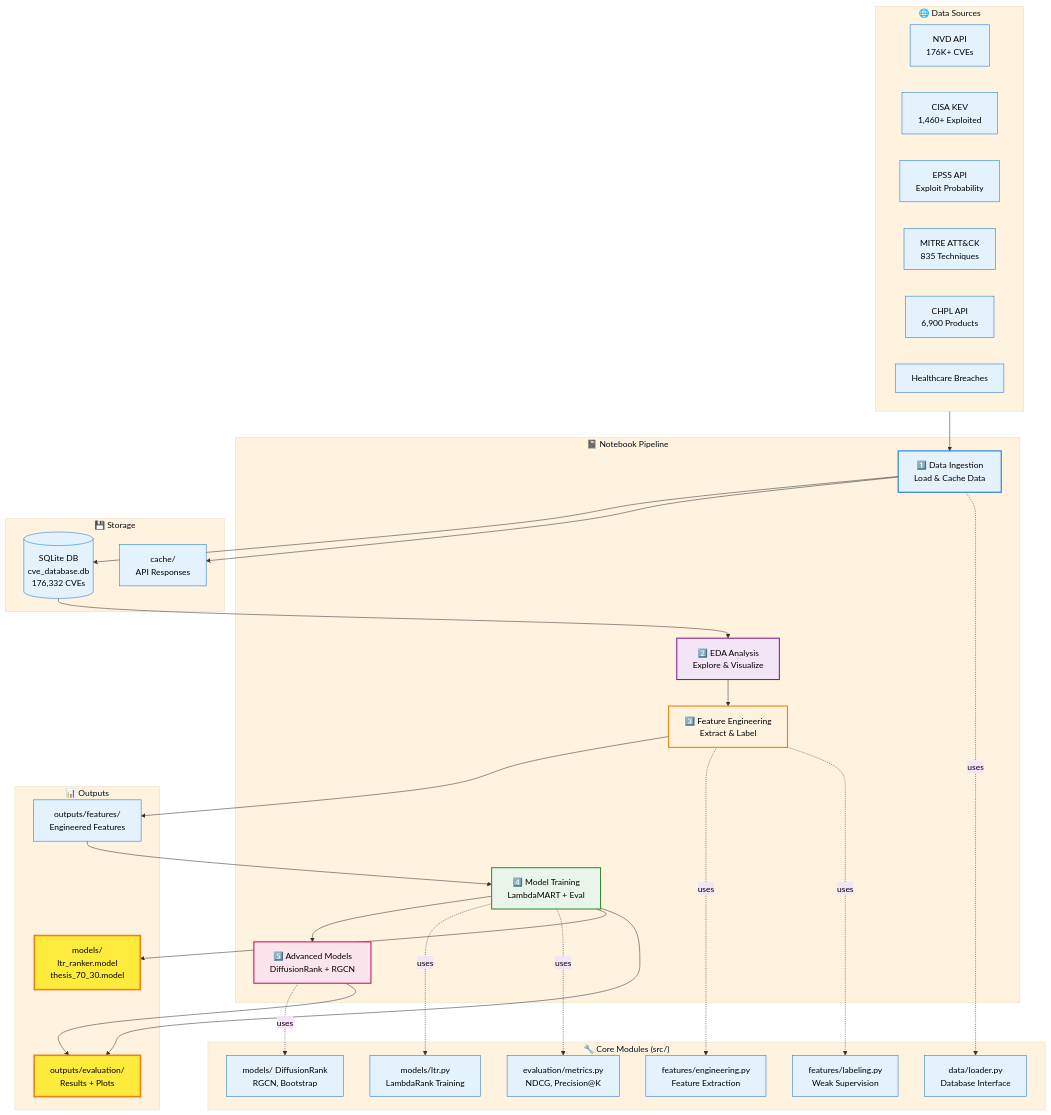
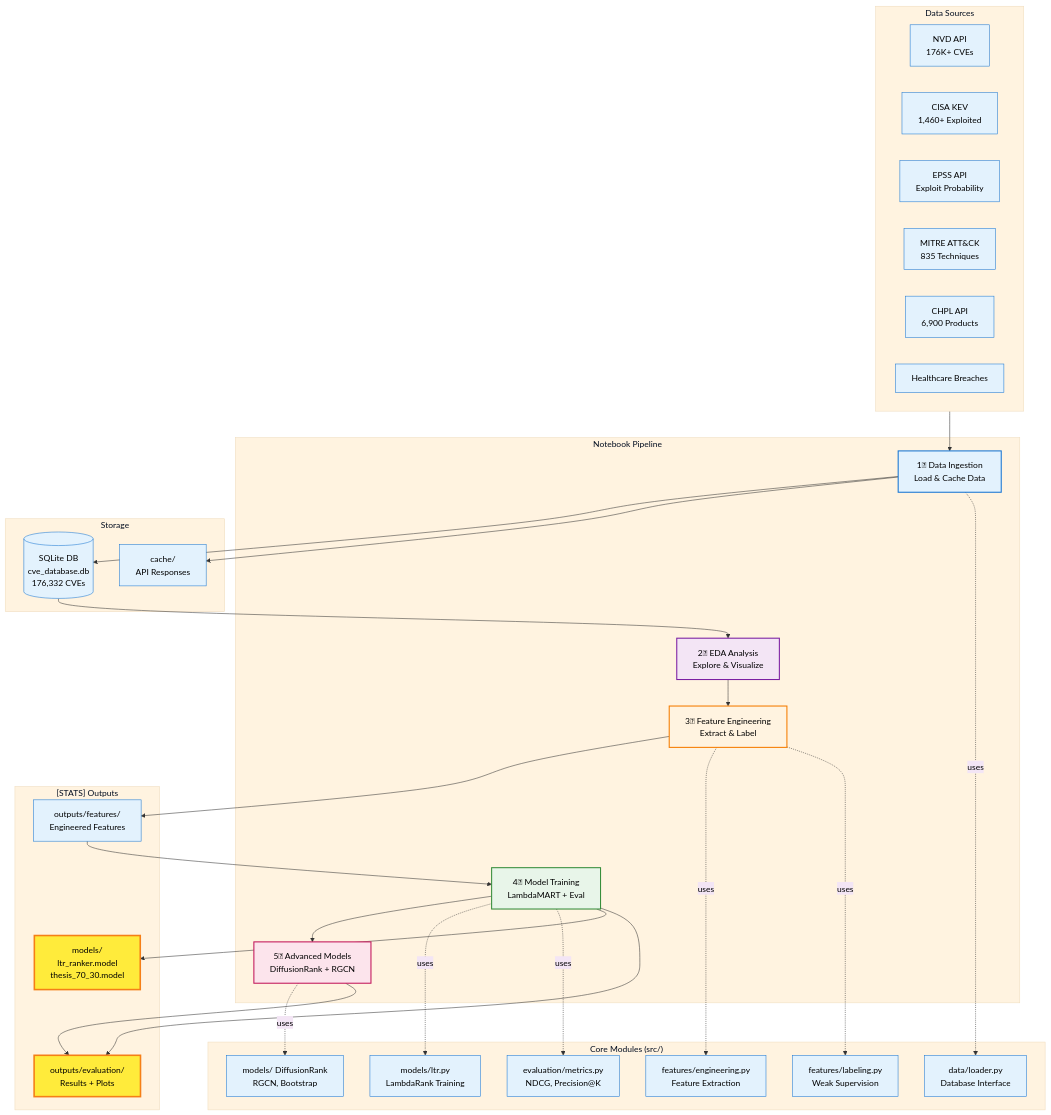
One commit to er-vinay-india/healthcare-vuln-prioritization-ltr changed the diagram in cti_recommender/docs/diagrams/project_architecture.mmd. Above: the diagram before and after it, drawn with Mermaid. The commit also changed 97 other files, not shown here.

```diff
--- a/cti_recommender/docs/diagrams/project_architecture.mmd
+++ b/cti_recommender/docs/diagrams/project_architecture.mmd
@@ -1,67 +1,67 @@
 %%{init: {'theme': 'base', 'themeVariables': { 'primaryColor': '#e3f2fd', 'primaryTextColor': '#000000', 'primaryBorderColor': '#1976d2', 'secondaryColor': '#f3e5f5', 'secondaryTextColor': '#000000', 'tertiaryColor': '#fff3e0', 'lineColor': '#333333', 'textColor': '#000000', 'background': '#ffffff'}}}%%
 flowchart TB
-    subgraph External["🌐 Data Sources"]
+    subgraph External[" Data Sources"]
         NVD[NVD API<br/>176K+ CVEs]
         KEV[CISA KEV<br/>1,460+ Exploited]
         EPSS[EPSS API<br/>Exploit Probability]
         ATTACK[MITRE ATT&CK<br/>835 Techniques]
         CHPL[CHPL API<br/>6,900 Products]
         BREACH[Healthcare Breaches]
     end
     
-    subgraph Notebooks["📓 Notebook Pipeline"]
-        N1[1️⃣ Data Ingestion<br/>Load & Cache Data]
-        N2[2️⃣ EDA Analysis<br/>Explore & Visualize]
-        N3[3️⃣ Feature Engineering<br/>Extract & Label]
-        N4[4️⃣ Model Training<br/>LambdaMART + Eval]
-        N5[5️⃣ Advanced Models<br/>DiffusionRank + RGCN]
+    subgraph Notebooks[" Notebook Pipeline"]
+        N1[1⃣ Data Ingestion<br/>Load & Cache Data]
+        N2[2⃣ EDA Analysis<br/>Explore & Visualize]
+        N3[3⃣ Feature Engineering<br/>Extract & Label]
+        N4[4⃣ Model Training<br/>LambdaMART + Eval]
+        N5[5⃣ Advanced Models<br/>DiffusionRank + RGCN]
     end
     
-    subgraph Core["🔧 Core Modules (src/)"]
+    subgraph Core[" Core Modules (src/)"]
         LOADER[data/loader.py<br/>Database Interface]
         FEATURES[features/engineering.py<br/>Feature Extraction]
         LABELING[features/labeling.py<br/>Weak Supervision]
         LTR[models/ltr.py<br/>LambdaRank Training]
         METRICS[evaluation/metrics.py<br/>NDCG, Precision@K]
         ADVANCED[models/ DiffusionRank<br/>RGCN, Bootstrap]
     end
     
-    subgraph Storage["💾 Storage"]
+    subgraph Storage[" Storage"]
         DB[(SQLite DB<br/>cve_database.db<br/>176,332 CVEs)]
         CACHE[cache/<br/>API Responses]
     end
     
-    subgraph Outputs["📊 Outputs"]
+    subgraph Outputs["[STATS] Outputs"]
         MODELS[models/<br/>ltr_ranker.model<br/>thesis_70_30.model]
         RESULTS[outputs/evaluation/<br/>Results + Plots]
         FEATURES_OUT[outputs/features/<br/>Engineered Features]
     end
     
     External --> N1
     N1 --> DB
     N1 --> CACHE
     
     DB --> N2
     N2 --> N3
     N3 --> FEATURES_OUT
     FEATURES_OUT --> N4
     N4 --> N5
     
     N1 -.uses.-> LOADER
     N3 -.uses.-> FEATURES
     N3 -.uses.-> LABELING
     N4 -.uses.-> LTR
     N4 -.uses.-> METRICS
     N5 -.uses.-> ADVANCED
     
     N4 --> MODELS
     N4 --> RESULTS
     N5 --> RESULTS
     
     style N1 fill:#e3f2fd,stroke:#1976d2,stroke-width:2px
     style N2 fill:#f3e5f5,stroke:#7b1fa2,stroke-width:2px
     style N3 fill:#fff3e0,stroke:#f57c00,stroke-width:2px
     style N4 fill:#e8f5e9,stroke:#388e3c,stroke-width:2px
     style N5 fill:#fce4ec,stroke:#c2185b,stroke-width:2px
     style MODELS fill:#ffeb3b,stroke:#f57f17,stroke-width:3px
     style RESULTS fill:#ffeb3b,stroke:#f57f17,stroke-width:3px
```
